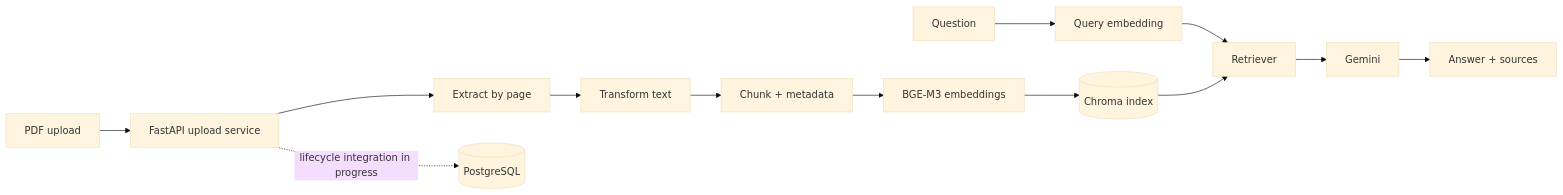
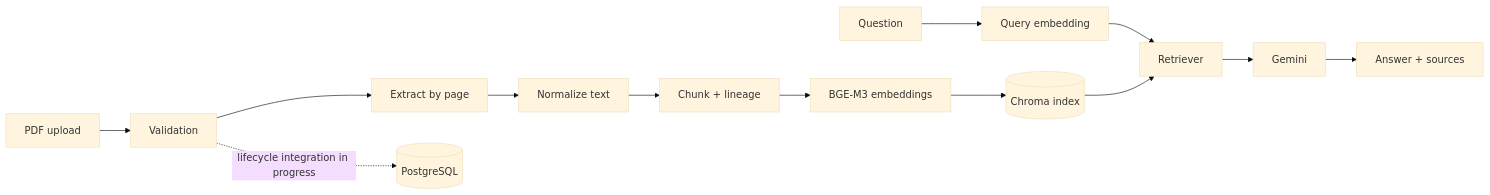
The diagram in README.md (tonthatgiahuy16/CloudMentor-AI), drawn with Mermaid (base theme) before and after one commit. The commit also changed other lines of this file and 19 other files, not shown here.

````diff
--- a/README.md
+++ b/README.md
@@ -95,17 +92,17 @@
 ```mermaid
 flowchart LR
-    U[PDF upload] --> API[FastAPI upload service]
-    API --> EX[Extract by page]
-    EX --> TR[Transform text]
-    TR --> CK[Chunk + metadata]
+    U[PDF upload] --> V[Validation]
+    V --> EX[Extract by page]
+    EX --> TR[Normalize text]
+    TR --> CK[Chunk + lineage]
     CK --> EM[BGE-M3 embeddings]
     EM --> CH[(Chroma index)]
 
-    API -. lifecycle integration in progress .-> PG[(PostgreSQL)]
+    V -. lifecycle integration in progress .-> PG[(PostgreSQL)]
 
     Q[Question] --> QE[Query embedding]
     QE --> RT[Retriever]
     CH --> RT
     RT --> GM[Gemini]
     GM --> A[Answer + sources]
 ```
````
